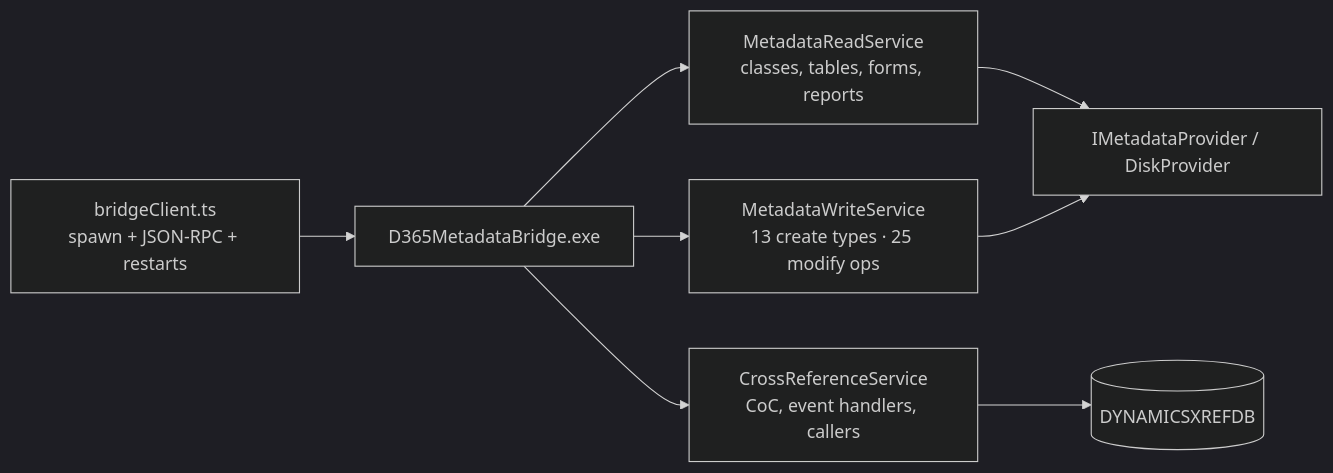
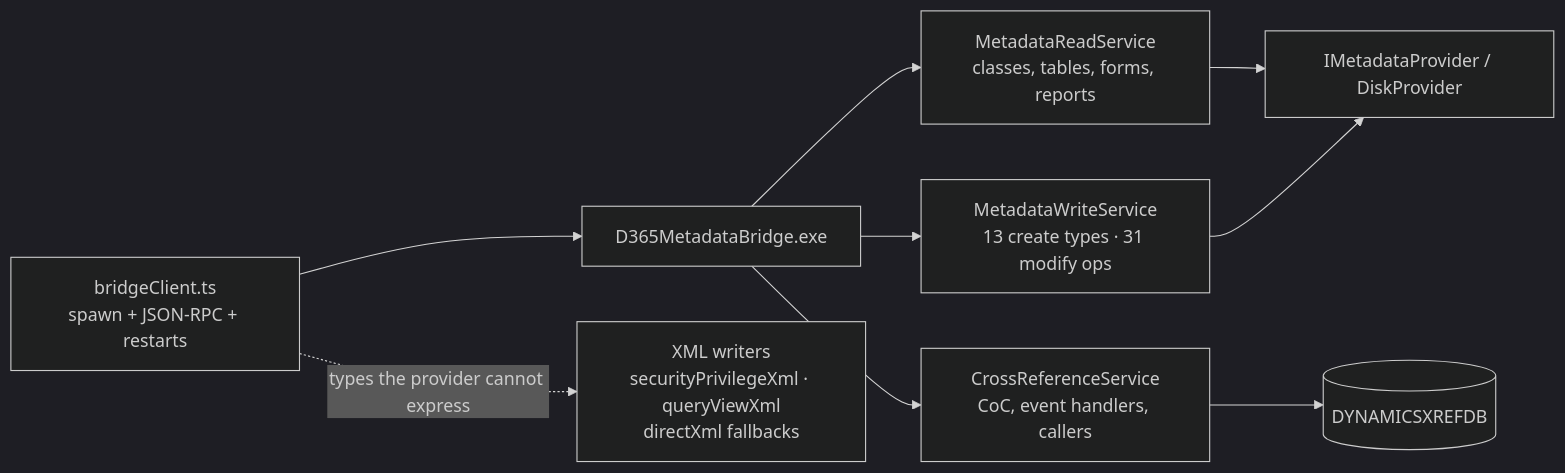
The fourth of 5 diagrams in docs/ARCHITECTURE.md (dynamics365ninja/d365fo-mcp-server), drawn with Mermaid (dark theme) before and after one commit. The commit also changed other lines of this file and 3 other files, not shown here.

First line of the commit message:
docs: correct architecture drift — the bridge is not the sole write path

````diff
--- a/docs/ARCHITECTURE.md
+++ b/docs/ARCHITECTURE.md
@@ -122,9 +129,10 @@
 ```mermaid
 graph LR
     TS[bridgeClient.ts\nspawn + JSON-RPC + restarts] --> EXE[D365MetadataBridge.exe]
+    TS -.->|types the provider cannot express| XMLW[XML writers\nsecurityPrivilegeXml · queryViewXml\ndirectXml fallbacks]
     EXE --> READ[MetadataReadService\nclasses, tables, forms, reports]
-    EXE --> WRITE[MetadataWriteService\n13 create types · 25 modify ops]
+    EXE --> WRITE[MetadataWriteService\n13 create types · 31 modify ops]
     EXE --> XREF[CrossReferenceService\nCoC, event handlers, callers]
     READ & WRITE --> PROV[IMetadataProvider / DiskProvider]
     XREF --> SQL[(DYNAMICSXREFDB)]
 ```
````
